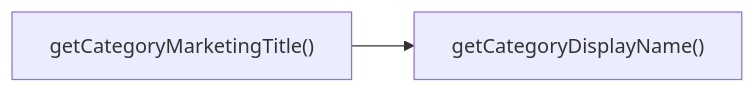
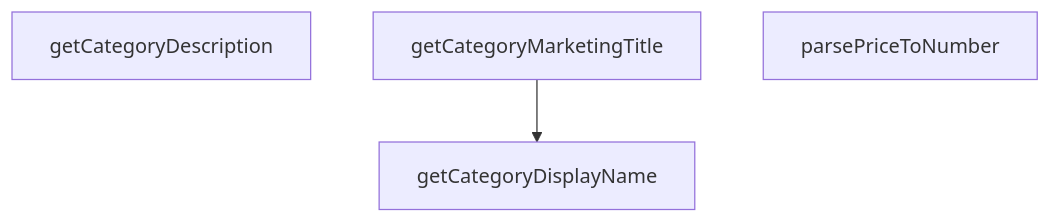
One commit to peckop/venthub-hvac-esite changed the diagram in src/utils/categoryHelpers.md. Above: the diagram before and after it, drawn with Mermaid. The commit also changed other lines of this file and 488 other files, not shown here.

````diff
--- a/src/utils/categoryHelpers.md
+++ b/src/utils/categoryHelpers.md
@@ -119,4 +84,8 @@
 ```mermaid
-graph LR
-    getCategoryMarketingTitle["getCategoryMarketingTitle()"] --> getCategoryDisplayName["getCategoryDisplayName()"]
+graph TD
+    categoryHelpers_ts__getCategoryDescription["getCategoryDescription"]
+    categoryHelpers_ts__getCategoryDisplayName["getCategoryDisplayName"]
+    categoryHelpers_ts__getCategoryMarketingTitle["getCategoryMarketingTitle"]
+    categoryHelpers_ts__parsePriceToNumber["parsePriceToNumber"]
+    categoryHelpers_ts__getCategoryMarketingTitle --> categoryHelpers_ts__getCategoryDisplayName
 ```
````
